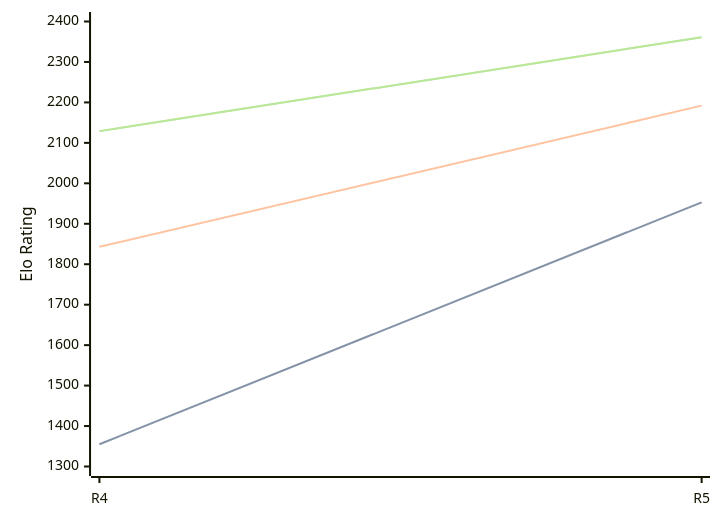
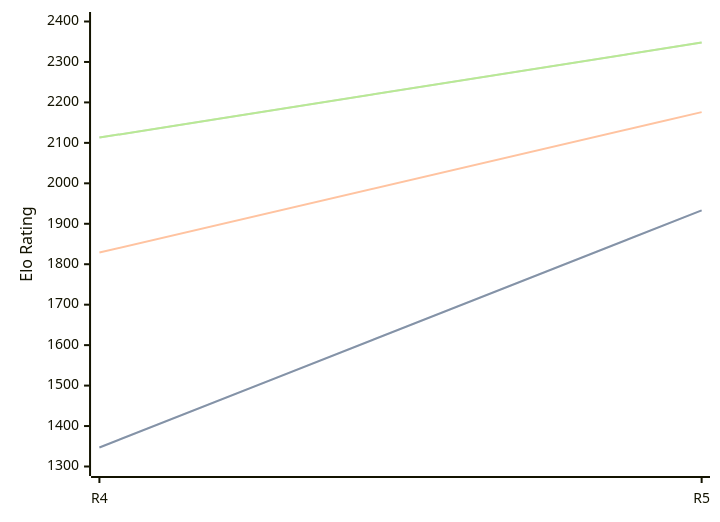
The diagram in engines/Viking.md (computer-chess-index/cci), drawn with Mermaid before and after one commit. The commit also changed other lines of this file, not shown here.

Commit message:
Update CCI Ratings (ELO VLTC) - 2026-05-20

````diff
--- a/engines/Viking.md
+++ b/engines/Viking.md
@@ -35,11 +35,11 @@
 ```mermaid
 %%{init: {"theme":"base","themeVariables":{"seriesColors:['#a3a3a3','#222221','#faa371']}}}%%
 xychart-beta
   x-axis ["R4", "R5"]
   y-axis "Elo Rating" 1300 --> 2400
-  line "STC (8.0+0.08s)" [1355, 1953]
-  line "STC (8.0+0.08s)" [1355, 1953]
-  line "LTC (60.0+0.60s)" [1843, 2192]
-  line "VLTC (2m24s+1.12s)" [2129, 2361]
-  line "VLTC (2m24s+1.12s)" [2129, 2361]
+  line "STC (8.0+0.08s)" [1347, 1933]
+  line "STC (8.0+0.08s)" [1347, 1933]
+  line "LTC (60.0+0.60s)" [1829, 2176]
+  line "VLTC (2m24s+1.12s)" [2113, 2348]
+  line "VLTC (2m24s+1.12s)" [2113, 2348]
 ```
````
